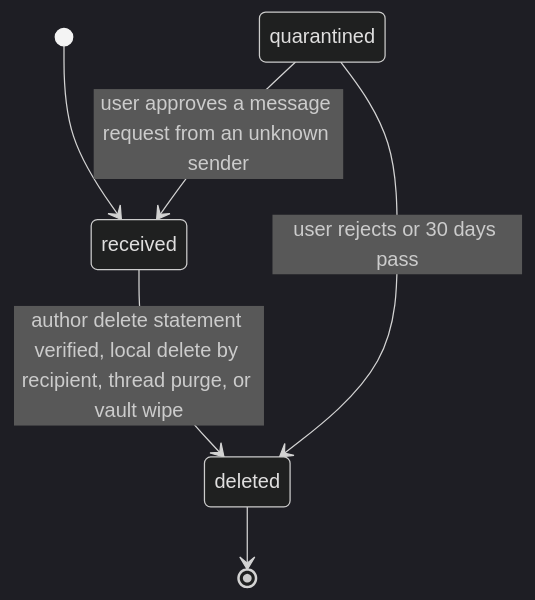
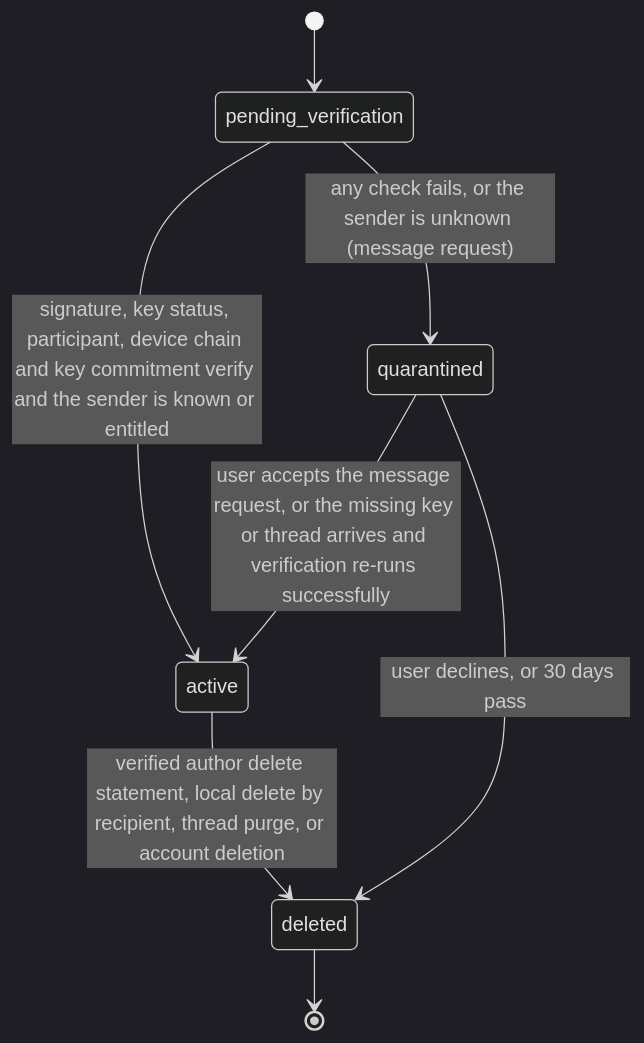
Before and after one commit to djshellshoxxx/CLASSifiedisRUPTed: the third of 3 diagrams in 08_Communications/01_messaging/mod_private/workflow_state_machine.md, drawn with Mermaid (dark theme). The commit also changed other lines of this file and 343 other files, not shown here.

````diff
--- a/08_Communications/01_messaging/mod_private/workflow_state_machine.md
+++ b/08_Communications/01_messaging/mod_private/workflow_state_machine.md
@@ -58,8 +93,10 @@
 ```mermaid
 stateDiagram-v2
-  [*] --> received
-  received --> deleted: author delete statement verified, local delete by recipient, thread purge, or vault wipe
-  quarantined --> received: user approves a message request from an unknown sender
-  quarantined --> deleted: user rejects or 30 days pass
+  [*] --> pending_verification
+  pending_verification --> active: signature, key status, participant, device chain and key commitment verify and the sender is known or entitled
+  pending_verification --> quarantined: any check fails, or the sender is unknown (message request)
+  quarantined --> active: user accepts the message request, or the missing key or thread arrives and verification re-runs successfully
+  quarantined --> deleted: user declines, or 30 days pass
+  active --> deleted: verified author delete statement, local delete by recipient, thread purge, or account deletion
   deleted --> [*]
 ```
````
